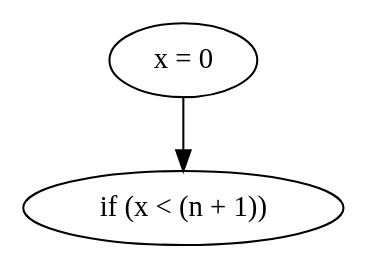
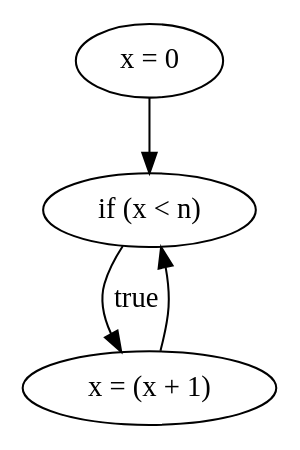
The diagram in graph.dot (WorldofKerry/ToHDL), drawn with Graphviz before and after one commit. The commit also changed 10 other files, not shown here.

```diff
--- a/graph.dot
+++ b/graph.dot
@@ -1,5 +1,8 @@
 digraph {
     0 [ label = "x = 0" ]
-    1 [ label = "if (x < (n + 1))" ]
-    0 -> 1 [ ]
+    1 [ label = "if (x < n)" ]
+    2 [ label = "x = (x + 1)" ]
+    0 -> 1 [ label = "" ]
+    1 -> 2 [ label = "true" ]
+    2 -> 1 [ label = "" ]
 }
```
